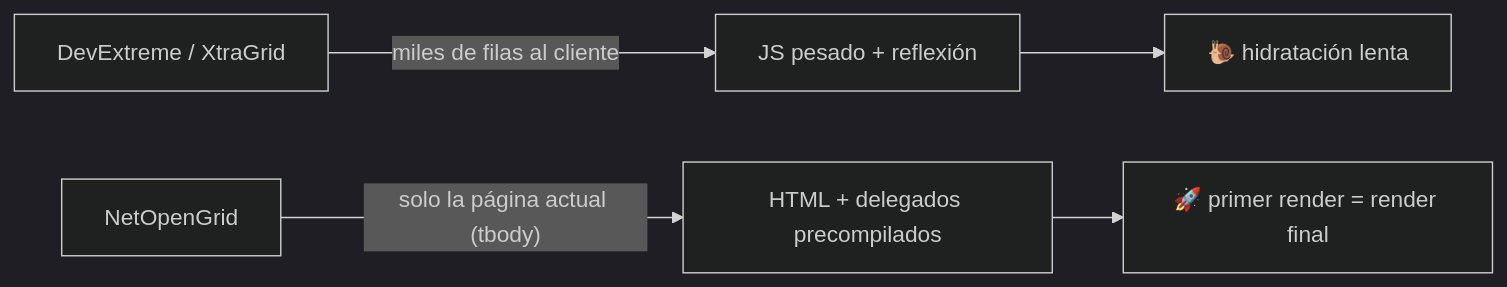
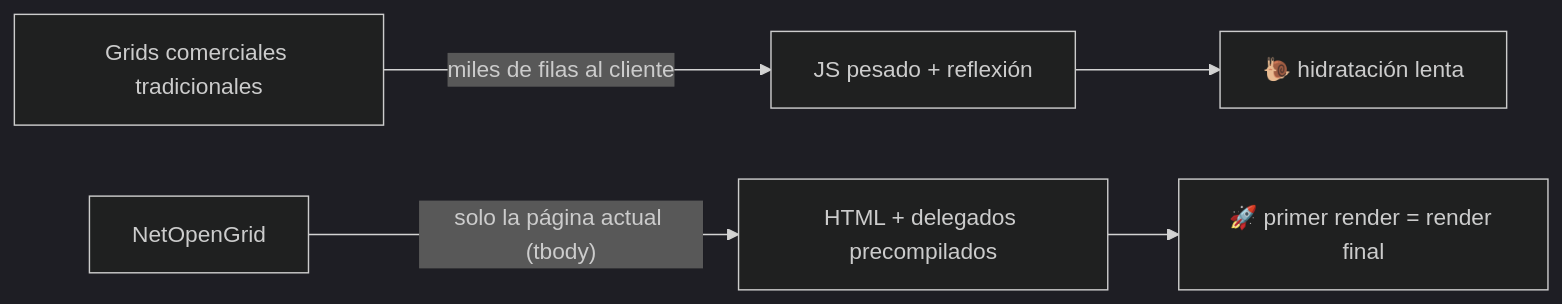
The first of 6 diagrams in README.md (mchinchilla/NetOpenGrid), drawn with Mermaid (dark theme) before and after one commit. The commit also changed other lines of this file and 14 other files, not shown here.

````diff
--- a/README.md
+++ b/README.md
@@ -46,7 +50,7 @@
 ```mermaid
 flowchart LR
-    A["DevExtreme / XtraGrid"] -->|"miles de filas al cliente"| B["JS pesado + reflexión"]
+    A["Grids comerciales tradicionales"] -->|"miles de filas al cliente"| B["JS pesado + reflexión"]
     C["NetOpenGrid"] -->|"solo la página actual (tbody)"| D["HTML + delegados precompilados"]
     B --> E["🐌 hidratación lenta"]
     D --> F["🚀 primer render = render final"]
 ```
````
